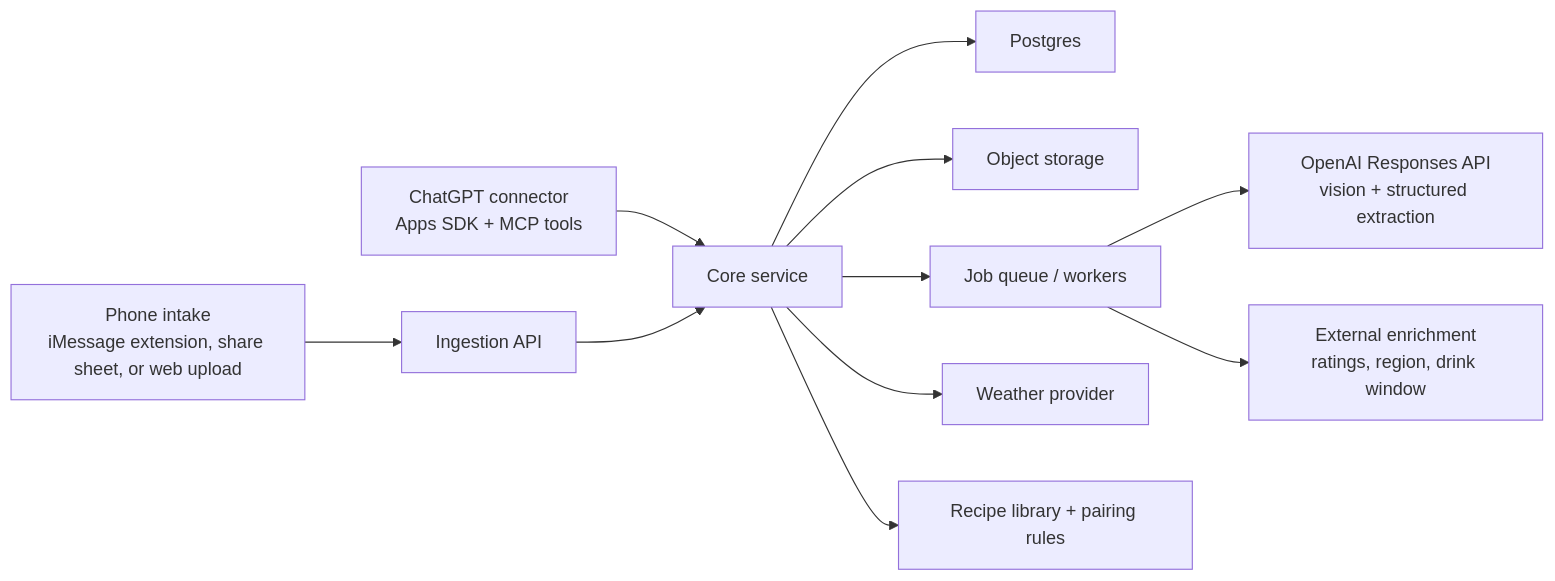
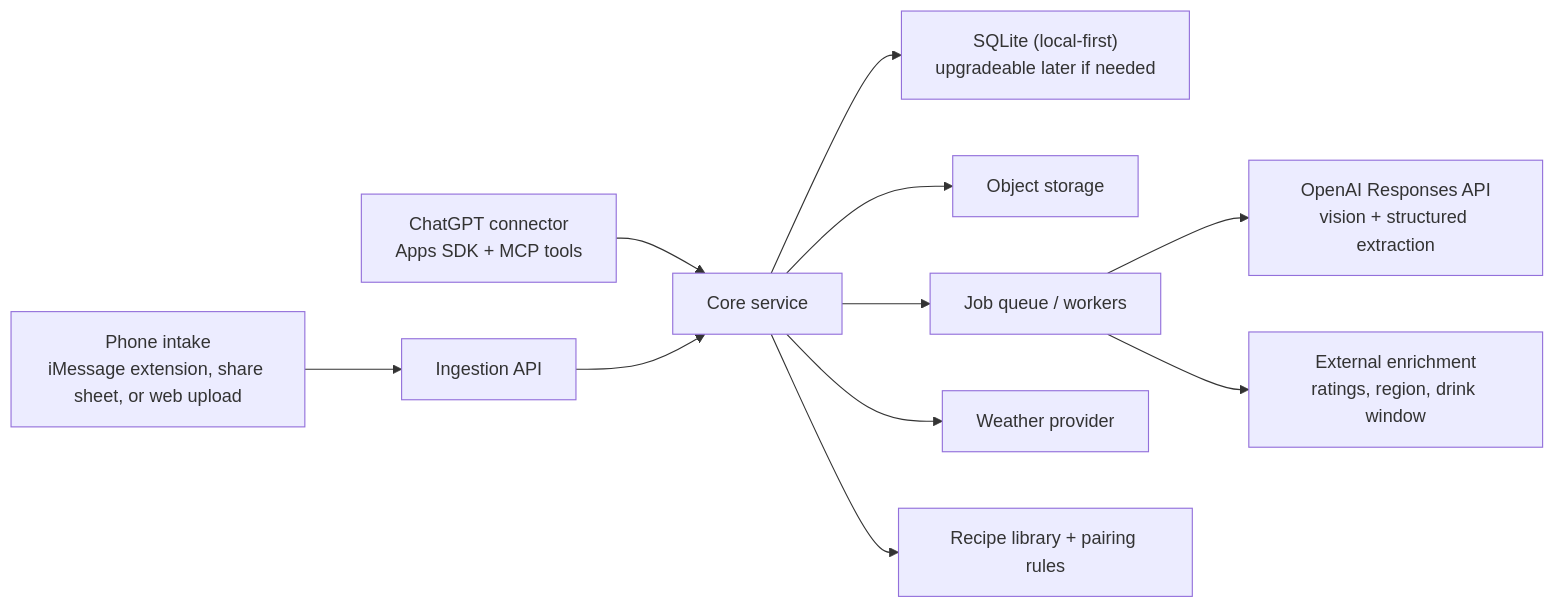
One commit to awatson88/Bacchus-AI changed the diagram in docs/wine-liquor-tracker-plan.md. Above: the diagram before and after it, drawn with Mermaid. The commit also changed other lines of this file and 13 other files, not shown here.

````diff
--- a/docs/wine-liquor-tracker-plan.md
+++ b/docs/wine-liquor-tracker-plan.md
@@ -39,13 +39,13 @@
 ```mermaid
 flowchart LR
     A["Phone intake<br/>iMessage extension, share sheet, or web upload"] --> B["Ingestion API"]
     C["ChatGPT connector<br/>Apps SDK + MCP tools"] --> D["Core service"]
     B --> D
-    D --> E["Postgres"]
+    D --> E["SQLite (local-first)<br/>upgradeable later if needed"]
     D --> F["Object storage"]
     D --> G["Job queue / workers"]
     G --> H["OpenAI Responses API<br/>vision + structured extraction"]
     G --> I["External enrichment<br/>ratings, region, drink window"]
     D --> J["Weather provider"]
     D --> K["Recipe library + pairing rules"]
 ```
````
